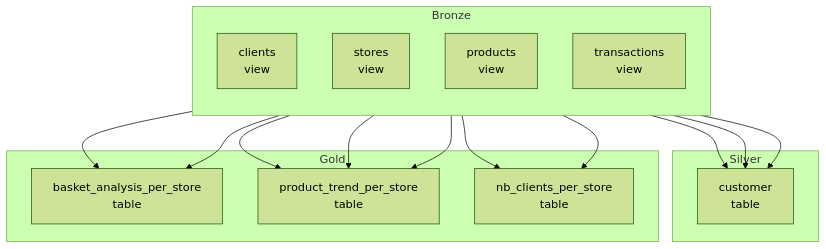
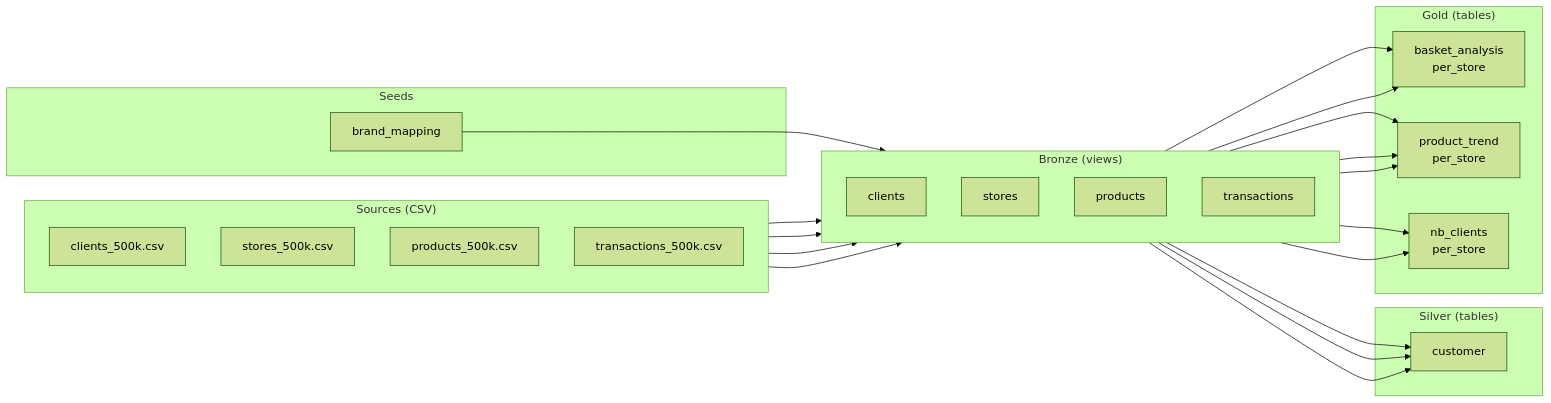
Before and after one commit to pierreWagou/deep-rayon: the diagram in docs/dbt.md, drawn with Mermaid (forest theme). The commit also changed other lines of this file and 21 other files, not shown here.

````diff
--- a/docs/dbt.md
+++ b/docs/dbt.md
@@ -62,34 +74,52 @@
 ```mermaid
-flowchart TD
-    subgraph bronze_layer["Bronze"]
+flowchart LR
+    subgraph sources["Sources (CSV)"]
         direction TB
-        bc[clients<br/>view]
-        bs[stores<br/>view]
-        bp[products<br/>view]
-        bt[transactions<br/>view]
+        rc[clients_500k.csv]
+        rs[stores_500k.csv]
+        rp[products_500k.csv]
+        rt[transactions_500k.csv]
     end
 
-    subgraph silver["Silver"]
-        cs[customer<br/>table]
+    subgraph seeds["Seeds"]
+        bm[brand_mapping]
     end
 
-    subgraph gold["Gold"]
-        ba[basket_analysis_per_store<br/>table]
-        pt[product_trend_per_store<br/>table]
-        nc[nb_clients_per_store<br/>table]
+    subgraph bronze_layer["Bronze (views)"]
+        direction TB
+        bc[clients]
+        bs[stores]
+        bp[products]
+        bt[transactions]
     end
+
+    subgraph silver["Silver (tables)"]
+        cs[customer]
+    end
+
+    subgraph gold["Gold (tables)"]
+        ba[basket_analysis<br/>per_store]
+        pt[product_trend<br/>per_store]
+        nc[nb_clients<br/>per_store]
+    end
+
+    rc --> bc
+    rs --> bs
+    rp --> bp
+    rt --> bt
+    bm --> bp
 
     bc --> cs
     bs --> cs
     bt --> cs
 
     bt --> ba
     bs --> ba
 
     bt --> pt
     bp --> pt
     bs --> pt
 
     bt --> nc
     bs --> nc
 ```
````
